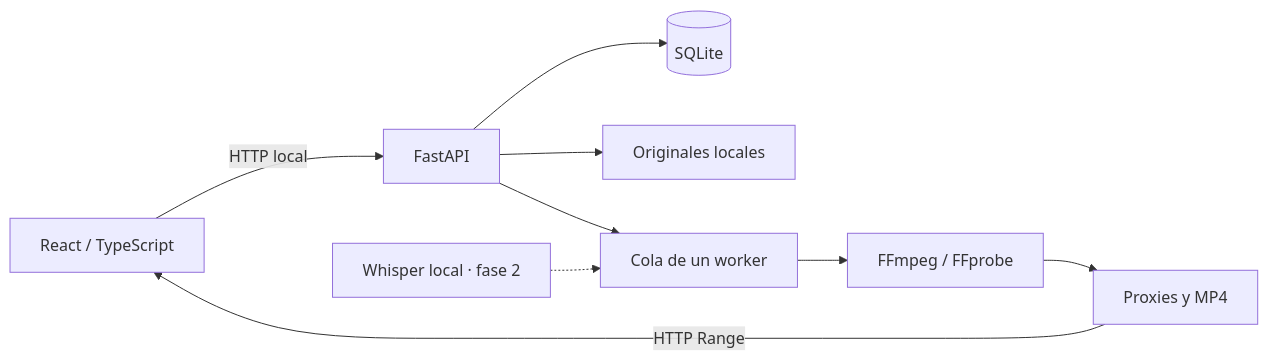
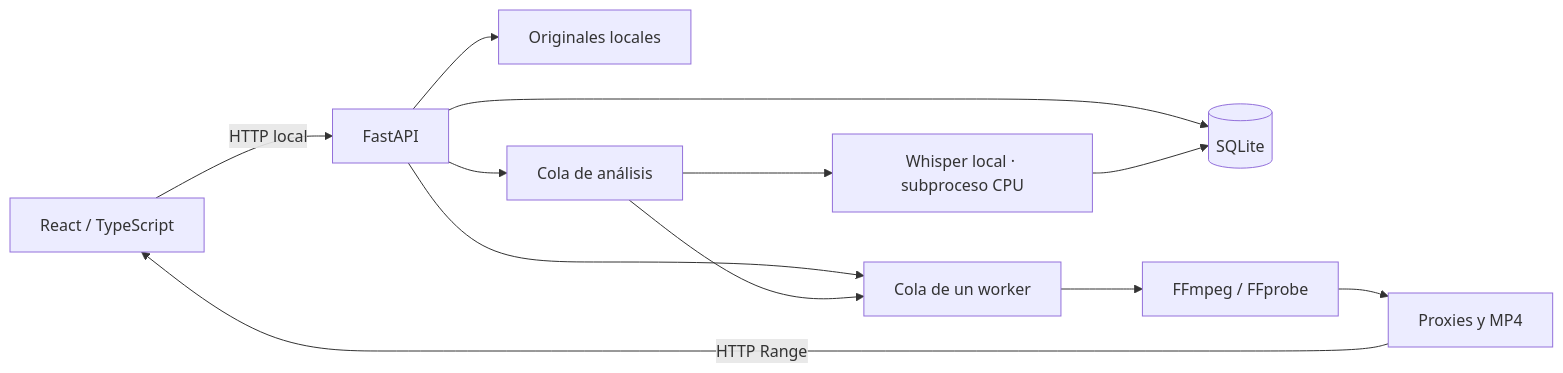
Before and after one commit to RAMIREZRKO/ClipZone-Studio: the diagram in docs/ARQUITECTURA.md, drawn with Mermaid. The commit also changed other lines of this file and 39 other files, not shown here.

Commit message:
Fase 2: Whisper, deteccion IA y Facebook Reels

````diff
--- a/docs/ARQUITECTURA.md
+++ b/docs/ARQUITECTURA.md
@@ -7,11 +7,14 @@
 ```mermaid
 flowchart LR
     UI[React / TypeScript] -->|HTTP local| API[FastAPI]
     API --> DB[(SQLite)]
     API --> UP[Originales locales]
     API --> Q[Cola de un worker]
     Q --> FF[FFmpeg / FFprobe]
     FF --> OUT[Proxies y MP4]
     OUT -->|HTTP Range| UI
-    AI[Whisper local · fase 2] -.-> Q
+    API --> AQ[Cola de análisis]
+    AQ --> AI[Whisper local · subproceso CPU]
+    AI --> DB
+    AQ --> Q
 ```
````
